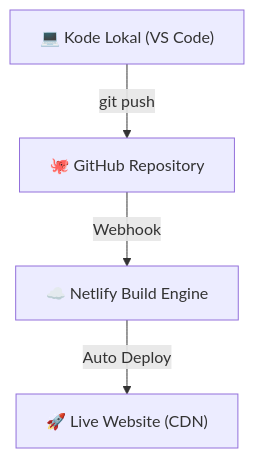
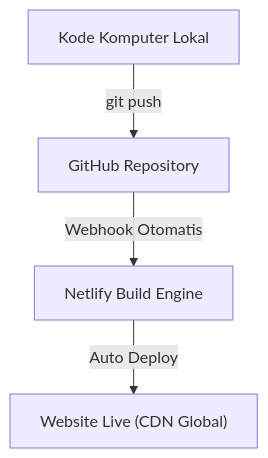
The second of 2 diagrams in deployment-slides/pages/01-konsep-deployment.md (withered-flowers/materials-ise-2026), drawn with Mermaid before and after one commit. The commit also changed other lines of this file and 23 other files, not shown here.

````diff
--- a/deployment-slides/pages/01-konsep-deployment.md
+++ b/deployment-slides/pages/01-konsep-deployment.md
@@ -140,6 +133,6 @@
 ```mermaid {scale: 0.6}
 graph TD
-    A["💻 Kode Lokal (VS Code)"] -- "git push" --> B["🐙 GitHub Repository"]
-    B -- "Webhook" --> C["☁️ Netlify Build Engine"]
-    C -- "Auto Deploy" --> D["🚀 Live Website (CDN)"]
+    A["Kode Komputer Lokal"] -- "git push" --> B["GitHub Repository"]
+    B -- "Webhook Otomatis" --> C["Netlify Build Engine"]
+    C -- "Auto Deploy" --> D["Website Live (CDN Global)"]
 ```
````
